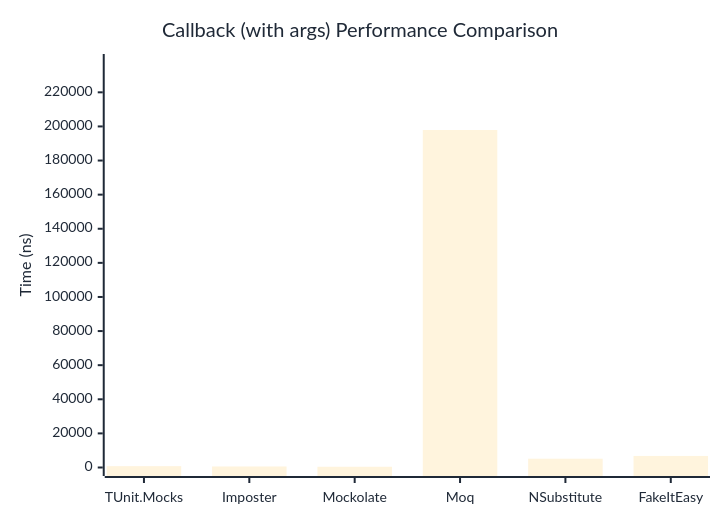
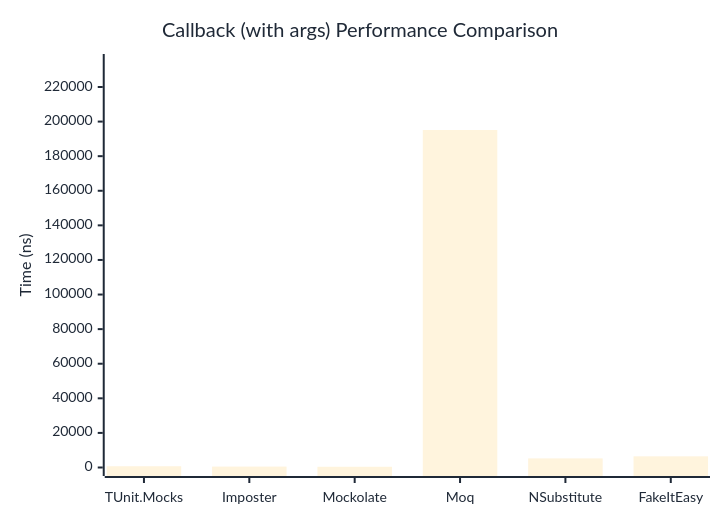
Before and after one commit to thomhurst/TUnit: the second of 2 diagrams in docs/docs/benchmarks/mocks/Callback.md, drawn with Mermaid. The commit also changed other lines of this file and 14 other files, not shown here.

````diff
--- a/docs/docs/benchmarks/mocks/Callback.md
+++ b/docs/docs/benchmarks/mocks/Callback.md
@@ -69,27 +69,27 @@
 ```mermaid
 %%{init: {
   'theme':'base',
   'themeVariables': {
     'primaryColor': '#2563eb',
     'primaryTextColor': '#1f2937',
     'primaryBorderColor': '#1e40af',
     'lineColor': '#6b7280',
     'secondaryColor': '#7c3aed',
     'tertiaryColor': '#dc2626',
     'background': '#ffffff',
     'pie1': '#2563eb',
     'pie2': '#7c3aed',
     'pie3': '#dc2626',
     'pie4': '#f59e0b',
     'pie5': '#10b981',
     'pie6': '#06b6d4',
     'pie7': '#ec4899',
     'pie8': '#6366f1'
   }
 }}%%
 xychart-beta
   title "Callback (with args) Performance Comparison"
   x-axis ["TUnit.Mocks", "Imposter", "Mockolate", "Moq", "NSubstitute", "FakeItEasy"]
-  y-axis "Time (ns)" 0 --> 237489
-  bar [782.9, 606.7, 439.7, 197906.9, 5165.2, 6777.5]
+  y-axis "Time (ns)" 0 --> 234160
+  bar [724.4, 529.3, 420.5, 195133, 5264, 6459.2]
 ```
````
